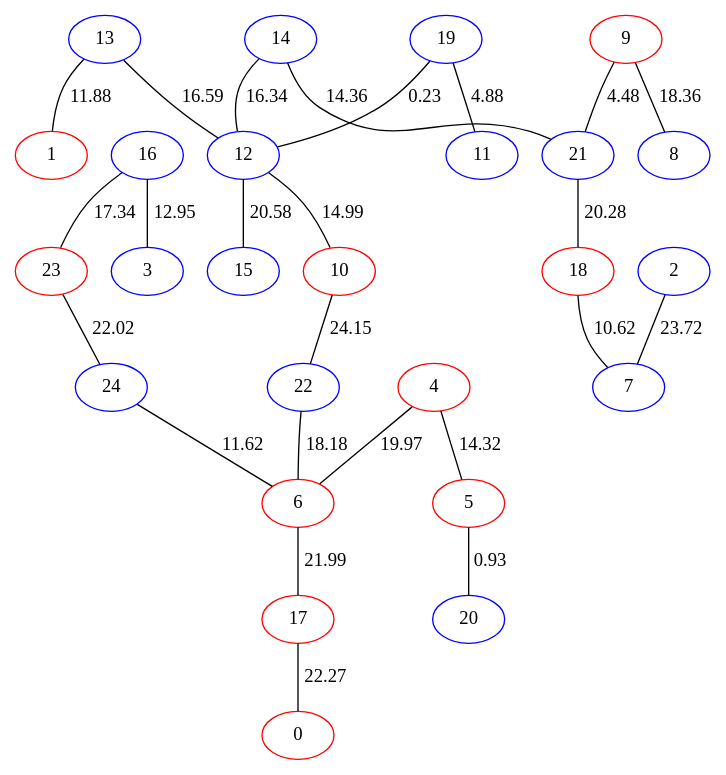
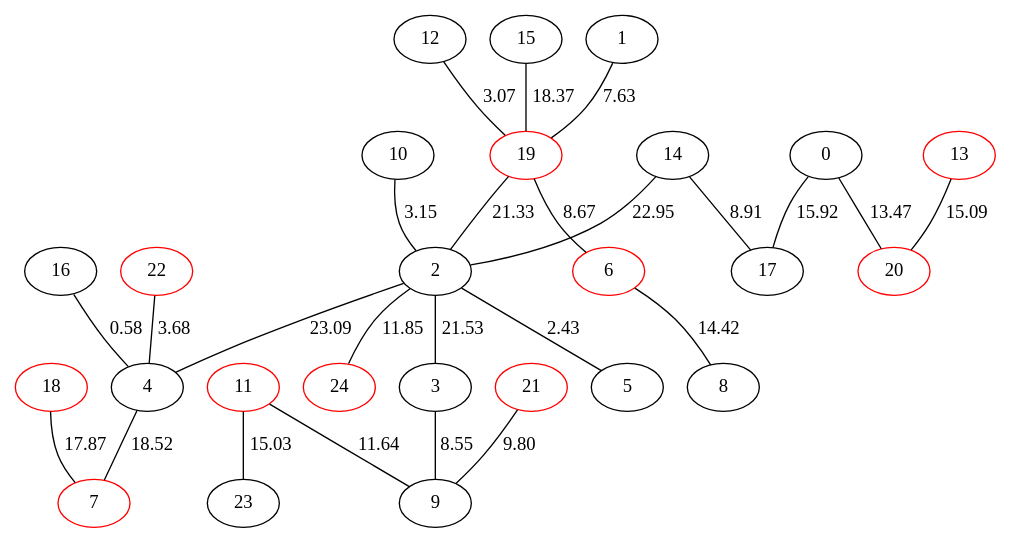
Before and after one commit to Aura9111/SteinerBA: the diagram in example/ConnectedGraph25N.dot, drawn with Graphviz. The commit also changed 20 other files, not shown here.

```diff
--- a/example/ConnectedGraph25N.dot
+++ b/example/ConnectedGraph25N.dot
@@ -1,51 +1,51 @@
 graph {
-22[color=blue]
-23[color=red]
-24[color=blue]
-10[color=red]
-11[color=blue]
-12[color=blue]
-13[color=blue]
-14[color=blue]
-15[color=blue]
-16[color=blue]
-17[color=red]
+22[color=red]
+23[color=black]
+24[color=red]
+10[color=black]
+11[color=red]
+12[color=black]
+13[color=red]
+14[color=black]
+15[color=black]
+16[color=black]
+17[color=black]
 18[color=red]
-19[color=blue]
-0[color=red]
-1[color=red]
-2[color=blue]
-3[color=blue]
-4[color=red]
-5[color=red]
+19[color=red]
+0[color=black]
+1[color=black]
+2[color=black]
+3[color=black]
+4[color=black]
+5[color=black]
 6[color=red]
-7[color=blue]
-8[color=blue]
-9[color=red]
-20[color=blue]
-21[color=blue]
-9--21[label=4.48]
-13--12[label=16.59]
-16--3[label=12.95]
-13--1[label=11.88]
-9--8[label=18.36]
-17--0[label=22.27]
-10--22[label=24.15]
-14--12[label=16.34]
-24--6[label=11.62]
-16--23[label=17.34]
-14--21[label=14.36]
-22--6[label=18.18]
-2--7[label=23.72]
-6--17[label=21.99]
-12--10[label=14.99]
-5--20[label=0.93]
-23--24[label=22.02]
-12--15[label=20.58]
-4--5[label=14.32]
-4--6[label=19.97]
-18--7[label=10.62]
-19--12[label=0.23]
-19--11[label=4.88]
-21--18[label=20.28]
+7[color=red]
+8[color=black]
+9[color=black]
+20[color=red]
+21[color=red]
+2--24[label=11.85]
+13--20[label=15.09]
+19--6[label=8.67]
+16--4[label=0.58]
+11--23[label=15.03]
+14--2[label=22.95]
+14--17[label=8.91]
+19--2[label=21.33]
+22--4[label=3.68]
+21--9[label=9.80]
+0--17[label=15.92]
+11--9[label=11.64]
+15--19[label=18.37]
+3--9[label=8.55]
+2--5[label=2.43]
+2--4[label=23.09]
+2--3[label=21.53]
+0--20[label=13.47]
+12--19[label=3.07]
+10--2[label=3.15]
+6--8[label=14.42]
+4--7[label=18.52]
+18--7[label=17.87]
+1--19[label=7.63]
 }
```
